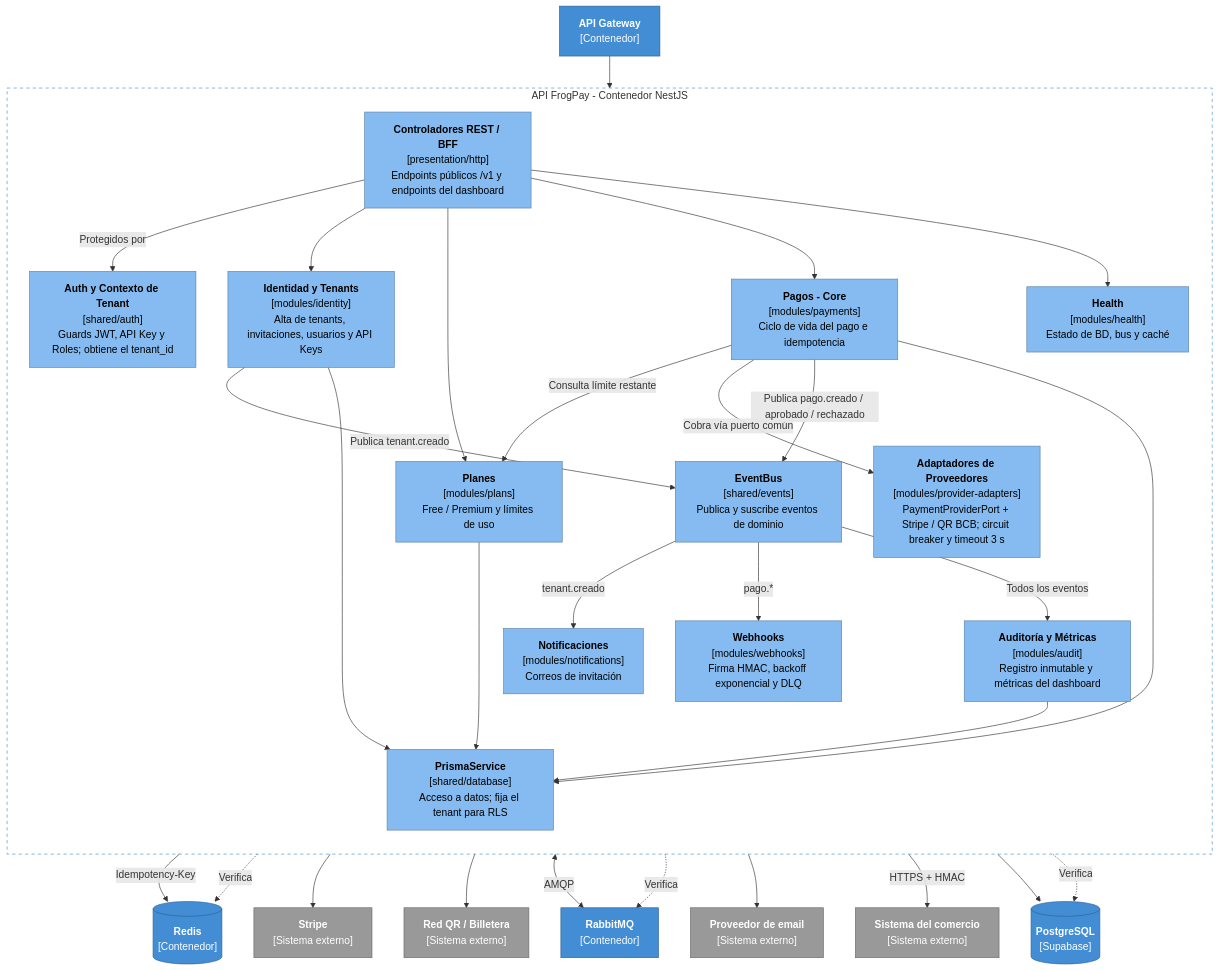
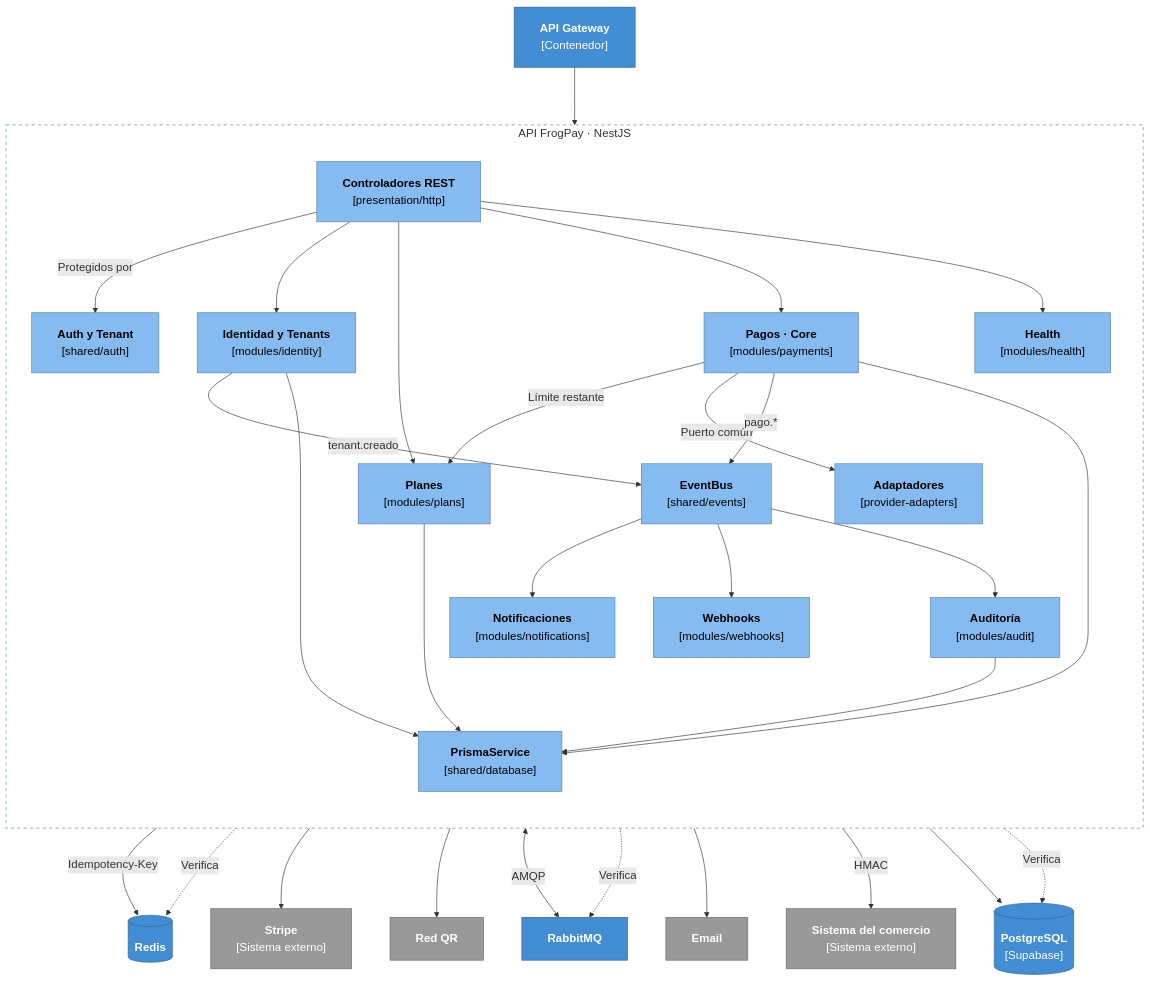
One commit to NobleSi6/frogpay changed the third of 3 diagrams in docs/c4/README.md. Above: the diagram before and after it, drawn with Mermaid. The commit also changed other lines of this file, not shown here.

Commit message:
docs(c4): textos más cortos y letra más grande en los diagramas

````diff
--- a/docs/c4/README.md
+++ b/docs/c4/README.md
@@ -111,69 +111,70 @@
 ```mermaid
+%%{init: {"themeVariables": {"fontSize": "18px"}, "flowchart": {"nodeSpacing": 60, "rankSpacing": 90, "padding": 20}}}%%
 flowchart TB
     gateway["<b>API Gateway</b><br/>[Contenedor]"]
 
-    subgraph apicont["API FrogPay - Contenedor NestJS"]
+    subgraph apicont["API FrogPay · NestJS"]
         direction TB
-        controllers["<b>Controladores REST / BFF</b><br/>[presentation/http]<br/>Endpoints públicos /v1 y endpoints del dashboard"]
-        auth["<b>Auth y Contexto de Tenant</b><br/>[shared/auth]<br/>Guards JWT, API Key y Roles; obtiene el tenant_id"]
-        identity["<b>Identidad y Tenants</b><br/>[modules/identity]<br/>Alta de tenants, invitaciones, usuarios y API Keys"]
-        plans["<b>Planes</b><br/>[modules/plans]<br/>Free / Premium y límites de uso"]
-        payments["<b>Pagos - Core</b><br/>[modules/payments]<br/>Ciclo de vida del pago e idempotencia"]
-        adapters["<b>Adaptadores de Proveedores</b><br/>[modules/provider-adapters]<br/>PaymentProviderPort + Stripe / QR BCB; circuit breaker y timeout 3 s"]
-        webhooks["<b>Webhooks</b><br/>[modules/webhooks]<br/>Firma HMAC, backoff exponencial y DLQ"]
-        notifications["<b>Notificaciones</b><br/>[modules/notifications]<br/>Correos de invitación"]
-        audit["<b>Auditoría y Métricas</b><br/>[modules/audit]<br/>Registro inmutable y métricas del dashboard"]
-        health["<b>Health</b><br/>[modules/health]<br/>Estado de BD, bus y caché"]
-        eventbus["<b>EventBus</b><br/>[shared/events]<br/>Publica y suscribe eventos de dominio"]
-        prisma["<b>PrismaService</b><br/>[shared/database]<br/>Acceso a datos; fija el tenant para RLS"]
+        controllers["<b>Controladores REST</b><br/>[presentation/http]"]
+        auth["<b>Auth y Tenant</b><br/>[shared/auth]"]
+        identity["<b>Identidad y Tenants</b><br/>[modules/identity]"]
+        plans["<b>Planes</b><br/>[modules/plans]"]
+        payments["<b>Pagos · Core</b><br/>[modules/payments]"]
+        adapters["<b>Adaptadores</b><br/>[provider-adapters]"]
+        eventbus["<b>EventBus</b><br/>[shared/events]"]
+        notifications["<b>Notificaciones</b><br/>[modules/notifications]"]
+        webhooks["<b>Webhooks</b><br/>[modules/webhooks]"]
+        audit["<b>Auditoría</b><br/>[modules/audit]"]
+        health["<b>Health</b><br/>[modules/health]"]
+        prisma["<b>PrismaService</b><br/>[shared/database]"]
     end
 
     db[("<b>PostgreSQL</b><br/>[Supabase]")]
-    bus["<b>RabbitMQ</b><br/>[Contenedor]"]
-    redis[("<b>Redis</b><br/>[Contenedor]")]
+    bus["<b>RabbitMQ</b>"]
+    redis[("<b>Redis</b>")]
     stripe["<b>Stripe</b><br/>[Sistema externo]"]
-    qr["<b>Red QR / Billetera</b><br/>[Sistema externo]"]
-    email["<b>Proveedor de email</b><br/>[Sistema externo]"]
+    qr["<b>Red QR</b>"]
+    email["<b>Email</b>"]
     comercio["<b>Sistema del comercio</b><br/>[Sistema externo]"]
 
     gateway --> controllers
     controllers -->|"Protegidos por"| auth
     controllers --> identity
     controllers --> plans
     controllers --> payments
     controllers --> health
 
-    payments -->|"Consulta límite restante"| plans
+    payments -->|"Límite restante"| plans
     payments -->|"Idempotency-Key"| redis
-    payments -->|"Cobra vía puerto común"| adapters
+    payments -->|"Puerto común"| adapters
     adapters --> stripe
     adapters --> qr
 
-    identity -->|"Publica tenant.creado"| eventbus
-    payments -->|"Publica pago.creado / aprobado / rechazado"| eventbus
+    identity -->|"tenant.creado"| eventbus
+    payments -->|"pago.*"| eventbus
     eventbus <-->|"AMQP"| bus
-    eventbus -->|"tenant.creado"| notifications
-    eventbus -->|"pago.*"| webhooks
-    eventbus -->|"Todos los eventos"| audit
+    eventbus --> notifications
+    eventbus --> webhooks
+    eventbus --> audit
 
     notifications --> email
-    webhooks -->|"HTTPS + HMAC"| comercio
+    webhooks -->|"HMAC"| comercio
 
     identity --> prisma
     plans --> prisma
     payments --> prisma
     audit --> prisma
     prisma --> db
 
     health -.->|"Verifica"| db
     health -.->|"Verifica"| bus
     health -.->|"Verifica"| redis
 
     classDef component fill:#85bbf0,stroke:#5d82a8,color:#000
     classDef container fill:#438dd5,stroke:#2e6295,color:#fff
     classDef external fill:#999999,stroke:#6b6b6b,color:#fff
     class controllers,auth,identity,plans,payments,adapters,webhooks,notifications,audit,health,eventbus,prisma component
     class gateway,db,bus,redis container
     class stripe,qr,email,comercio external
     style apicont fill:none,stroke:#438dd5,stroke-dasharray: 5 5
 ```
````
